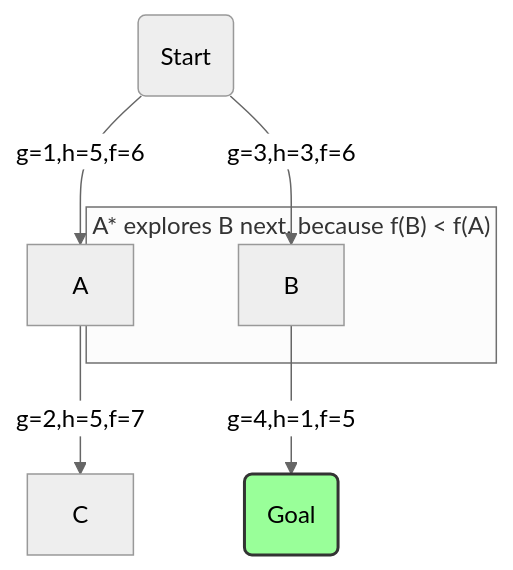
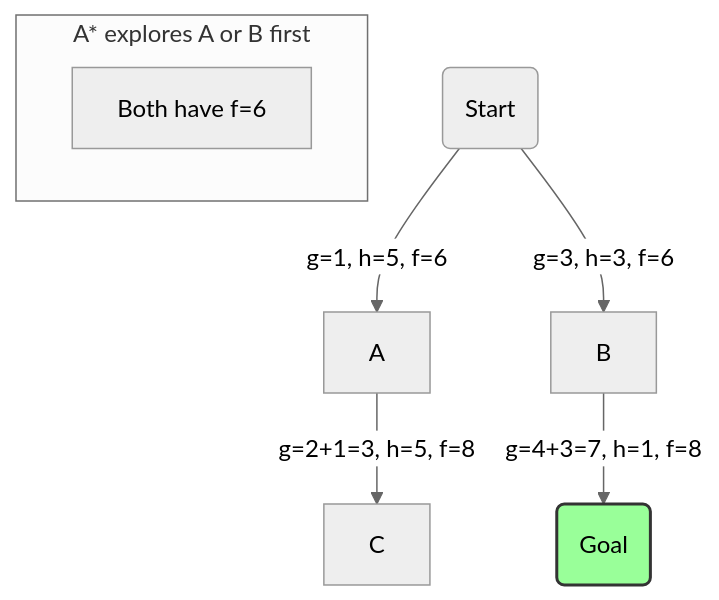
The fourth of 6 diagrams in _posts/2025-08-08-ai-search-algorithms-a-z.md (eltay89/eltay89.github.io), drawn with Mermaid (neutral theme) before and after one commit. The commit also changed other lines of this file, not shown here.

````diff
--- a/_posts/2025-08-08-ai-search-algorithms-a-z.md
+++ b/_posts/2025-08-08-ai-search-algorithms-a-z.md
@@ -195,13 +204,14 @@
 ```mermaid
 graph TD
-    S(Start) -- g=1,h=5,f=6 --> A
-    S -- g=3,h=3,f=6 --> B
-    A -- g=2,h=5,f=7 --> C
-    B -- g=4,h=1,f=5 --> G(Goal)
+    S(Start) -- "g=1, h=5, f=6" --> A
+    S -- "g=3, h=3, f=6" --> B
+    A -- "g=2+1=3, h=5, f=8" --> C
+    B -- "g=4+3=7, h=1, f=8" --> G(Goal)
 
-    subgraph "A* explores B next, because f(B) < f(A)"
-        B
+    subgraph "A* explores A or B first"
+        direction LR
+        L1["Both have f=6"]
     end
     
     style G fill:#9f9,stroke:#333,stroke-width:2px
 ```
````
